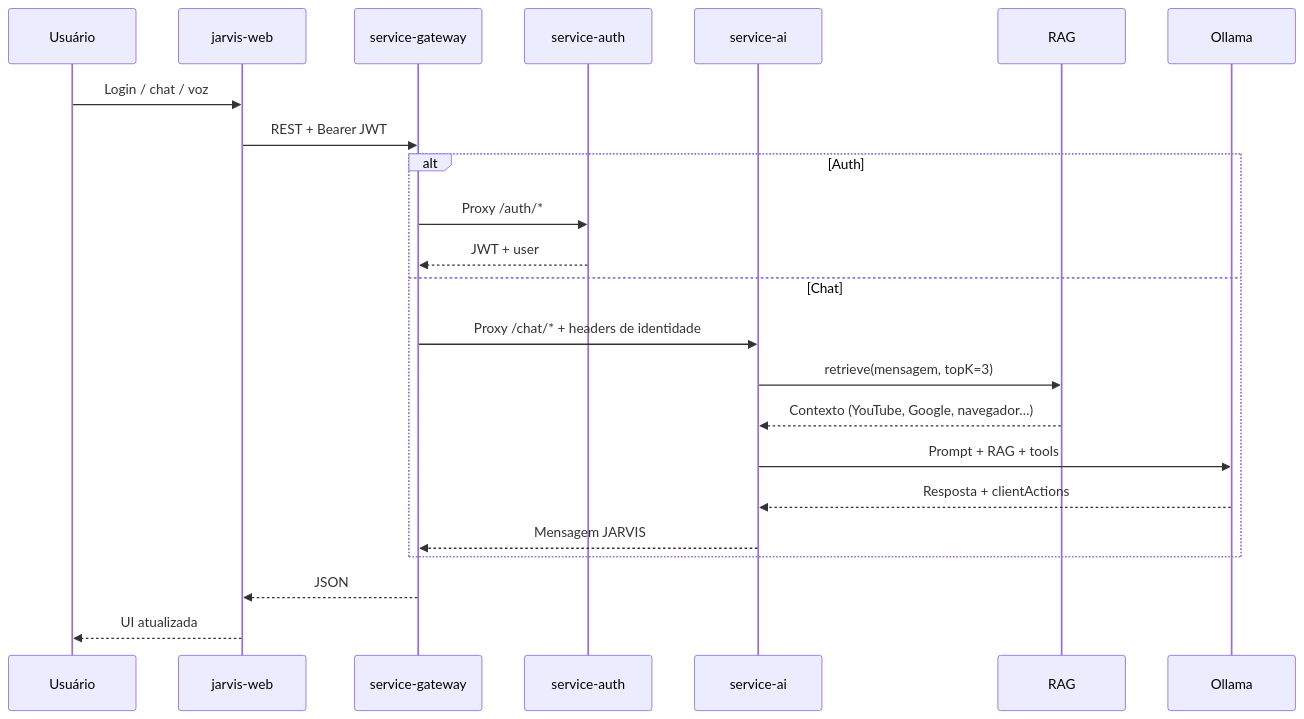
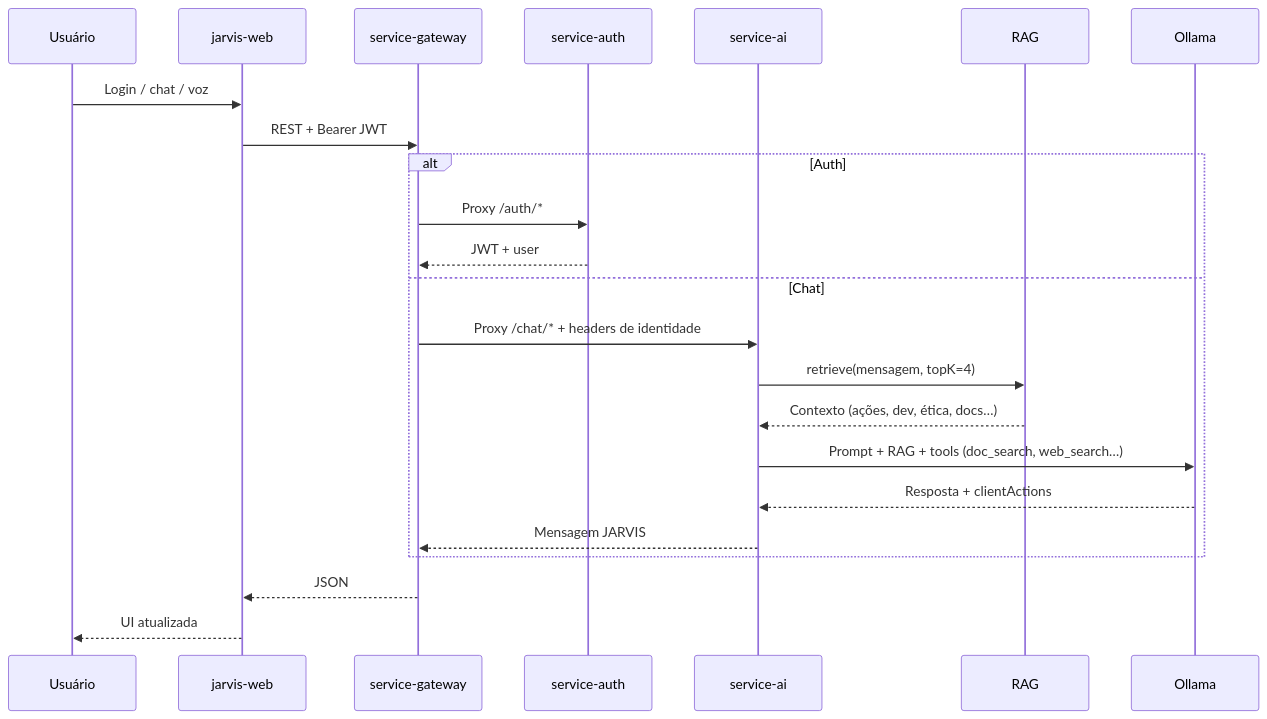
The fifth of 5 diagrams in docs/project-structure.md (FranciscoStanley/MyJarvis), drawn with Mermaid before and after one commit. The commit also changed other lines of this file and 11 other files, not shown here.

````diff
--- a/docs/project-structure.md
+++ b/docs/project-structure.md
@@ -358,26 +366,26 @@
 ```mermaid
 sequenceDiagram
     participant U as Usuário
     participant W as jarvis-web
     participant G as service-gateway
     participant A as service-auth
     participant I as service-ai
     participant R as RAG
     participant O as Ollama
 
     U->>W: Login / chat / voz
     W->>G: REST + Bearer JWT
     alt Auth
         G->>A: Proxy /auth/*
         A-->>G: JWT + user
     else Chat
         G->>I: Proxy /chat/* + headers de identidade
-        I->>R: retrieve(mensagem, topK=3)
-        R-->>I: Contexto (YouTube, Google, navegador…)
-        I->>O: Prompt + RAG + tools
+        I->>R: retrieve(mensagem, topK=4)
+        R-->>I: Contexto (ações, dev, ética, docs…)
+        I->>O: Prompt + RAG + tools (doc_search, web_search…)
         O-->>I: Resposta + clientActions
         I-->>G: Mensagem JARVIS
     end
     G-->>W: JSON
     W-->>U: UI atualizada
 ```
````
